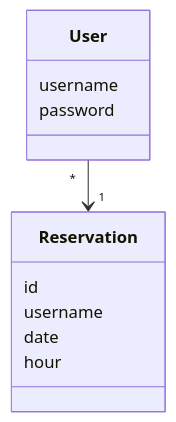
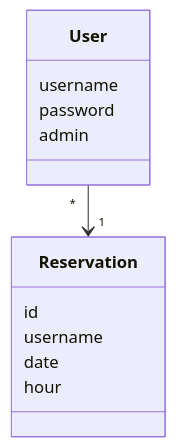
The first of 4 diagrams in dokumentaatio/arkkitehtuuri.md (levomaaa/ot-harjoitustyo), drawn with Mermaid before and after one commit. The commit also changed other lines of this file, not shown here.

````diff
--- a/dokumentaatio/arkkitehtuuri.md
+++ b/dokumentaatio/arkkitehtuuri.md
@@ -15,14 +29,15 @@
 ```mermaid
  classDiagram
       User "*" --> "1" Reservation
       class User{
           username
           password
+          admin
       }
       class Reservation{
           id
           username
           date
           hour
       }
 ```
````
